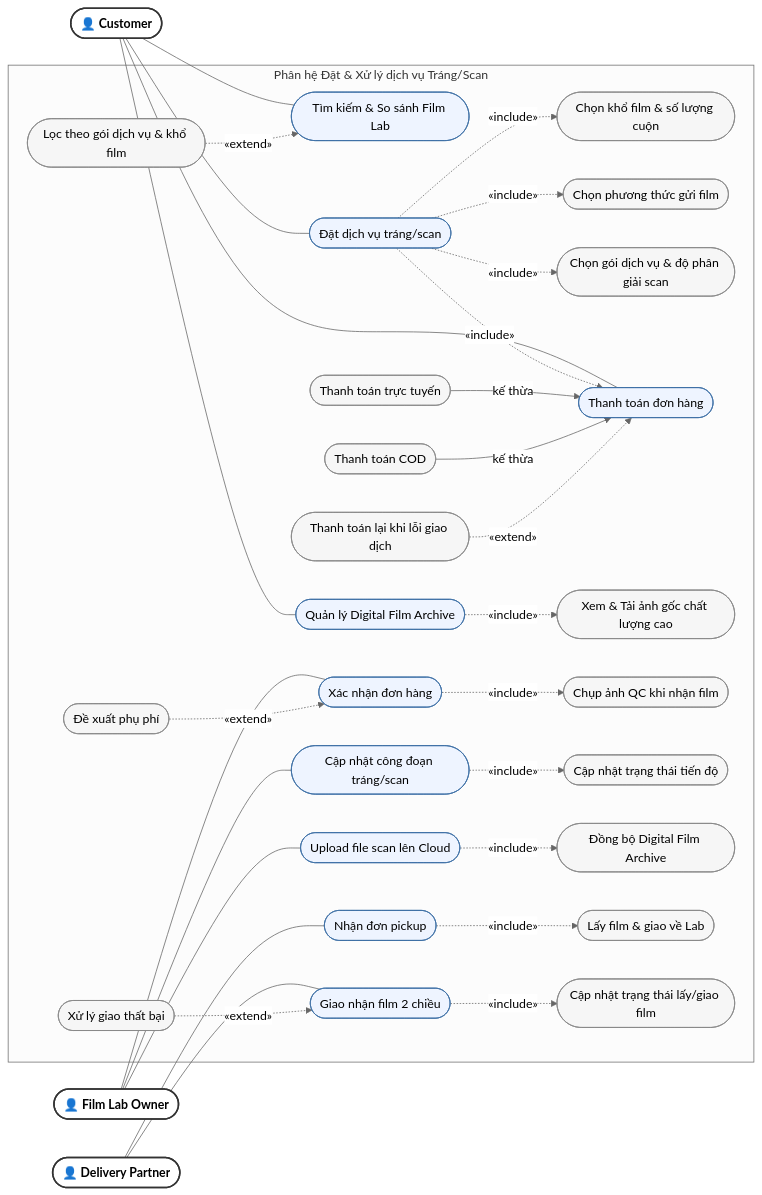
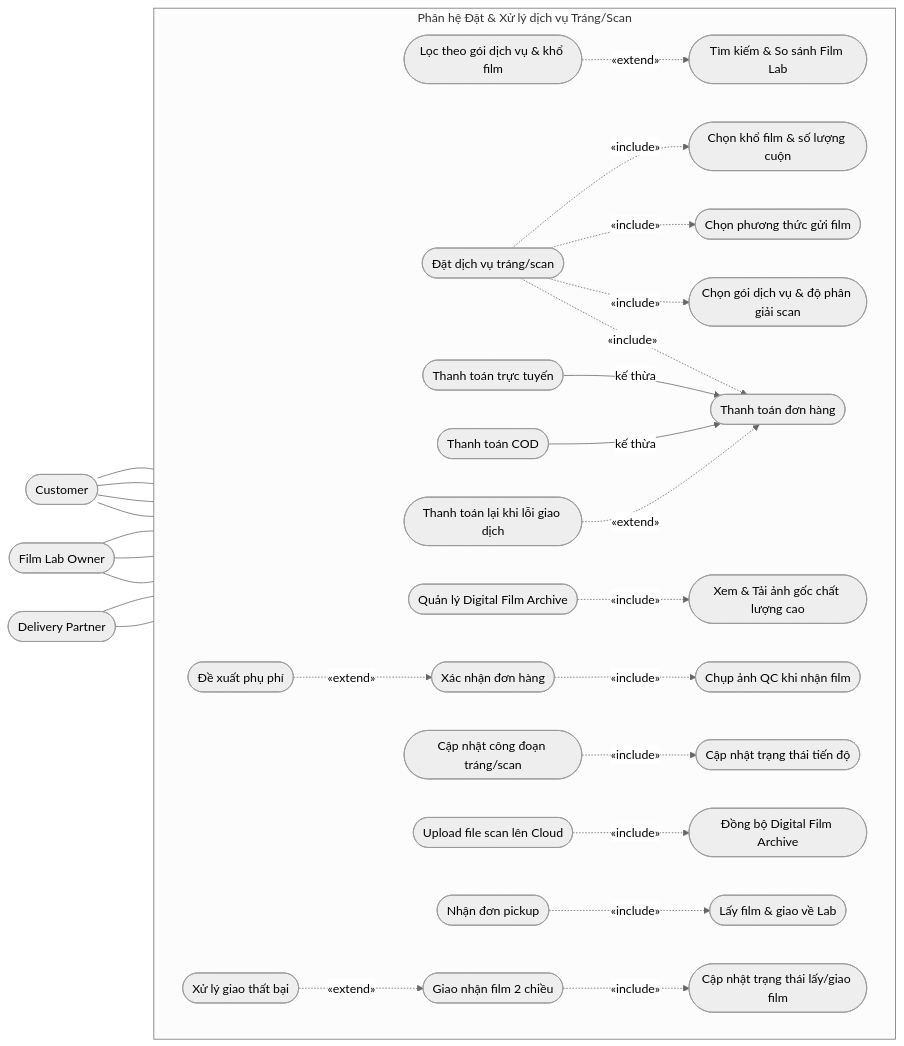
One commit to huylamnhat/Photographer-enthusiastic-environment changed the second of 6 diagrams in doc/week 2/so-do-chuc-nang-nghiep-vu.md. Above: the diagram before and after it, drawn with Mermaid (neutral theme). The commit also changed other lines of this file, not shown here.

Commit message:
Refactor use case diagrams for clarity and consistency

````diff
--- a/doc/week 2/so-do-chuc-nang-nghiep-vu.md
+++ b/doc/week 2/so-do-chuc-nang-nghiep-vu.md
@@ -64,69 +62,67 @@
 ```mermaid
 flowchart LR
-    classDef actor fill:#fff,stroke:#333,stroke-width:2px,font-weight:bold
-    classDef uc fill:#eef4ff,stroke:#3b6ea5
-    classDef sub fill:#f6f6f6,stroke:#888
 
-    CUS(["👤 Customer"]):::actor
-    LAB(["👤 Film Lab Owner"]):::actor
-    DEL(["👤 Delivery Partner"]):::actor
+    CUS([" Customer"])
+    LAB([" Film Lab Owner"])
+    DEL([" Delivery Partner"])
 
     subgraph SYS["Phân hệ Đặt & Xử lý dịch vụ Tráng/Scan"]
+        direction LR
         %% Customer
-        S1(["Tìm kiếm & So sánh Film Lab"]):::uc
-        S1a(["Lọc theo gói dịch vụ & khổ film"]):::sub
-        S2(["Đặt dịch vụ tráng/scan"]):::uc
-        S2a(["Chọn khổ film & số lượng cuộn"]):::sub
-        S2b(["Chọn phương thức gửi film"]):::sub
-        S2c(["Chọn gói dịch vụ & độ phân giải scan"]):::sub
-        S3(["Thanh toán đơn hàng"]):::uc
-        S3a(["Thanh toán trực tuyến"]):::sub
-        S3b(["Thanh toán COD"]):::sub
-        S3c(["Thanh toán lại khi lỗi giao dịch"]):::sub
-        S4(["Quản lý Digital Film Archive"]):::uc
-        S4a(["Xem & Tải ảnh gốc chất lượng cao"]):::sub
+        S1(["Tìm kiếm & So sánh Film Lab"])
+        S1a(["Lọc theo gói dịch vụ & khổ film"])
+        S2(["Đặt dịch vụ tráng/scan"])
+        S2a(["Chọn khổ film & số lượng cuộn"])
+        S2b(["Chọn phương thức gửi film"])
+        S2c(["Chọn gói dịch vụ & độ phân giải scan"])
+        S3(["Thanh toán đơn hàng"])
+        S3a(["Thanh toán trực tuyến"])
+        S3b(["Thanh toán COD"])
+        S3c(["Thanh toán lại khi lỗi giao dịch"])
+        S4(["Quản lý Digital Film Archive"])
+        S4a(["Xem & Tải ảnh gốc chất lượng cao"])
 
         %% Film Lab Owner
-        L1(["Xác nhận đơn hàng"]):::uc
-        L1a(["Chụp ảnh QC khi nhận film"]):::sub
-        L1b(["Đề xuất phụ phí"]):::sub
-        L2(["Cập nhật công đoạn tráng/scan"]):::uc
-        L2a(["Cập nhật trạng thái tiến độ"]):::sub
-        L3(["Upload file scan lên Cloud"]):::uc
-        L3a(["Đồng bộ Digital Film Archive"]):::sub
+        L1(["Xác nhận đơn hàng"])
+        L1a(["Chụp ảnh QC khi nhận film"])
+        L1b(["Đề xuất phụ phí"])
+        L2(["Cập nhật công đoạn tráng/scan"])
+        L2a(["Cập nhật trạng thái tiến độ"])
+        L3(["Upload file scan lên Cloud"])
+        L3a(["Đồng bộ Digital Film Archive"])
 
         %% Delivery Partner
-        D1(["Nhận đơn pickup"]):::uc
-        D1a(["Lấy film & giao về Lab"]):::sub
-        D2(["Giao nhận film 2 chiều"]):::uc
-        D2a(["Cập nhật trạng thái lấy/giao film"]):::sub
-        D2b(["Xử lý giao thất bại"]):::sub
+        D1(["Nhận đơn pickup"])
+        D1a(["Lấy film & giao về Lab"])
+        D2(["Giao nhận film 2 chiều"])
+        D2a(["Cập nhật trạng thái lấy/giao film"])
+        D2b(["Xử lý giao thất bại"])
     end
 
     %% Actor - use case
     CUS --- S1 & S2 & S3 & S4
     LAB --- L1 & L2 & L3
     DEL --- D1 & D2
 
     %% Customer: quan hệ
     S1a -.->|«extend»| S1
     S2 -.->|«include»| S2a
     S2 -.->|«include»| S2b
     S2 -.->|«include»| S2c
     S2 -.->|«include»| S3
     S3a -->|kế thừa| S3
     S3b -->|kế thừa| S3
     S3c -.->|«extend»| S3
     S4 -.->|«include»| S4a
 
     %% Film Lab Owner: quan hệ
     L1 -.->|«include»| L1a
     L1b -.->|«extend»| L1
     L2 -.->|«include»| L2a
     L3 -.->|«include»| L3a
 
     %% Delivery Partner: quan hệ
     D1 -.->|«include»| D1a
     D2 -.->|«include»| D2a
     D2b -.->|«extend»| D2
 ```
````
